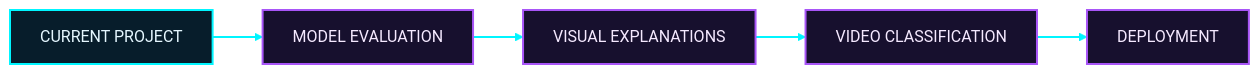
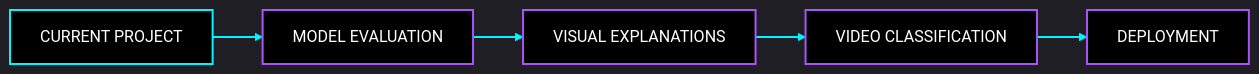
The second of 2 diagrams in README.md (govardhan-goud123/Wildfire_Detection), drawn with Mermaid before and after one commit. The commit also changed other lines of this file, not shown here.

````diff
--- a/README.md
+++ b/README.md
@@ -218,16 +218,16 @@
 ```mermaid
-%%{init: {"theme":"dark","themeVariables":{"background":"#050816","primaryColor":"#111827","primaryTextColor":"#E5F7FF","primaryBorderColor":"#00F5FF","lineColor":"#A855F7","fontFamily":"monospace"}}%%
+%%{init: {"theme":"dark","themeVariables":{"background":"#000000","primaryColor":"#050505","primaryTextColor":"#FFFFFF","primaryBorderColor":"#00F5FF","lineColor":"#A855F7","secondaryColor":"#080808","tertiaryColor":"#000000","edgeLabelBackground":"#000000","fontFamily":"monospace"}}}%%
 flowchart LR
     A["CURRENT PROJECT"] --> B["MODEL EVALUATION"]
     B --> C["VISUAL EXPLANATIONS"]
     C --> D["VIDEO CLASSIFICATION"]
     D --> E["DEPLOYMENT"]
 
-    classDef current fill:#071D2B,stroke:#00F5FF,color:#E5F7FF,stroke-width:2px
-    classDef future fill:#17102E,stroke:#A855F7,color:#F5E9FF,stroke-width:2px
+    classDef current fill:#000000,stroke:#00F5FF,color:#FFFFFF,stroke-width:2px
+    classDef future fill:#000000,stroke:#A855F7,color:#FFFFFF,stroke-width:2px
 
     class A current
     class B,C,D,E future
 
     linkStyle default stroke:#00F5FF,stroke-width:2px
 ```
````
